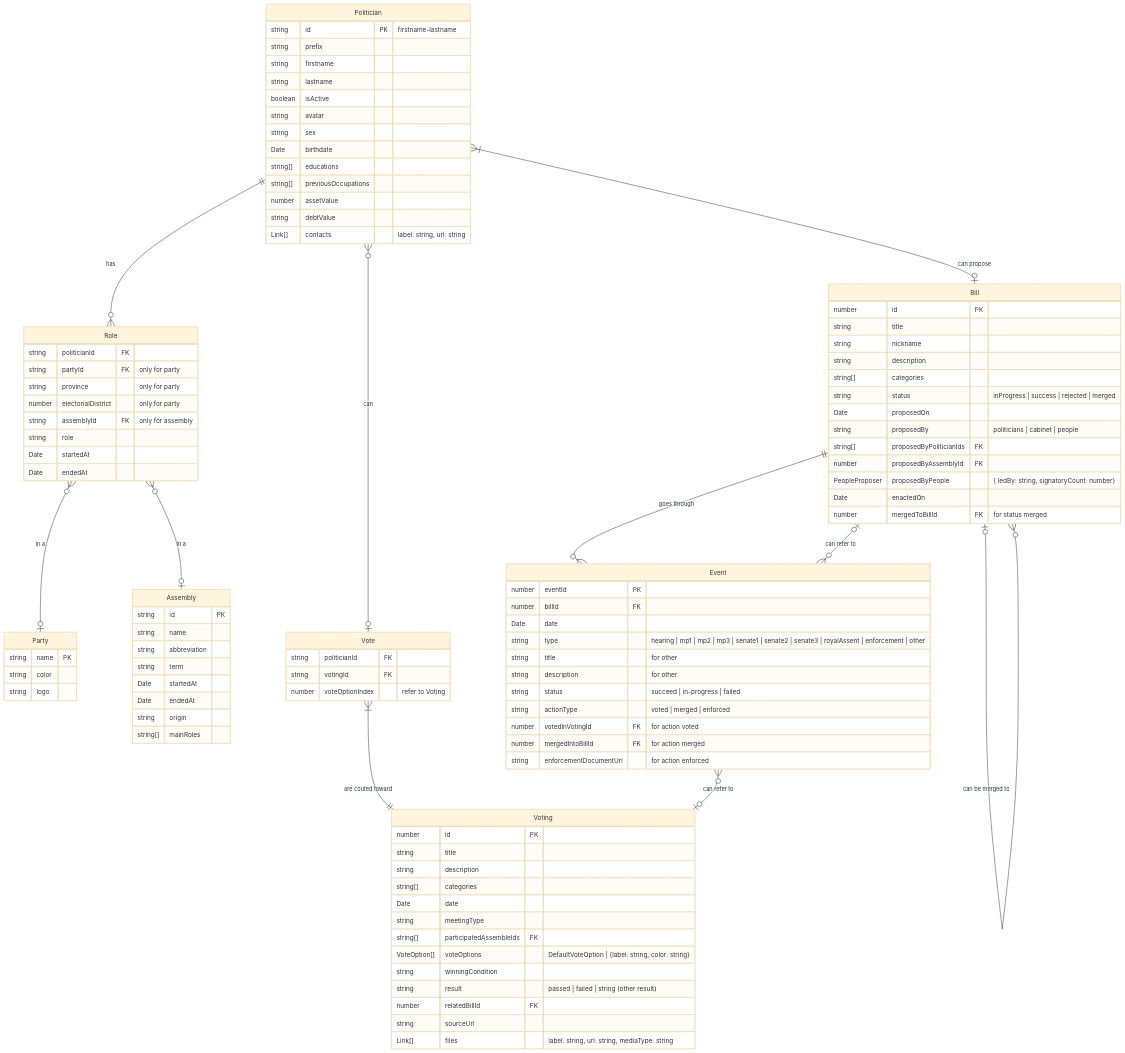
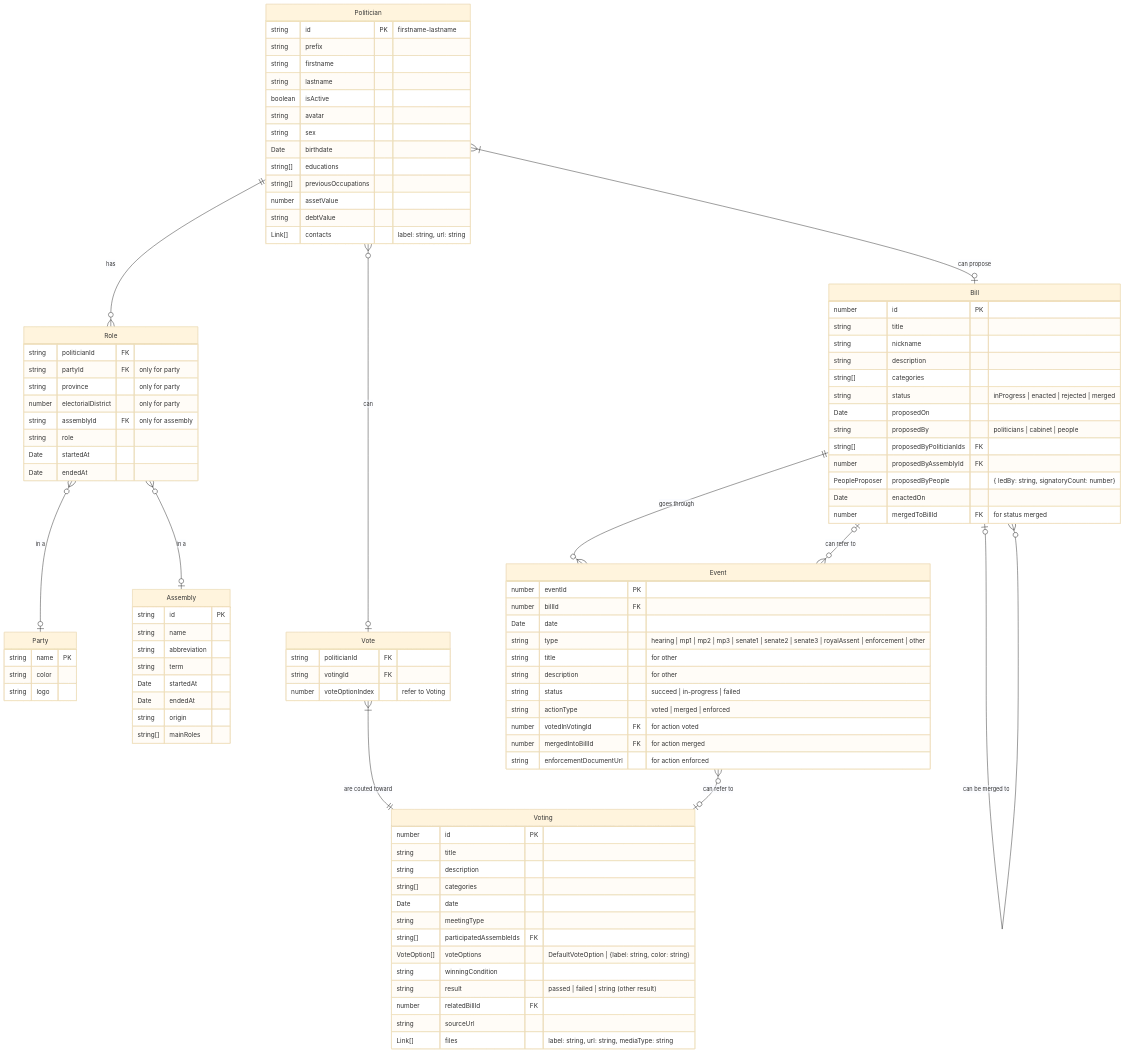
The diagram in src/models/README.md (wevisdemo/parliament-watch), drawn with Mermaid (base theme) before and after one commit.

Commit message:
chore: change Bill model in diagram to use enacted instead of success

```diff
--- a/src/models/README.md
+++ b/src/models/README.md
@@ -63,7 +63,7 @@
     string nickname
     string description
     string[] categories
-    string status "inProgress | success | rejected | merged"
+    string status "inProgress | enacted | rejected | merged"
     Date proposedOn
     string proposedBy "politicians | cabinet | people"
     string[] proposedByPoliticianIds FK
```
